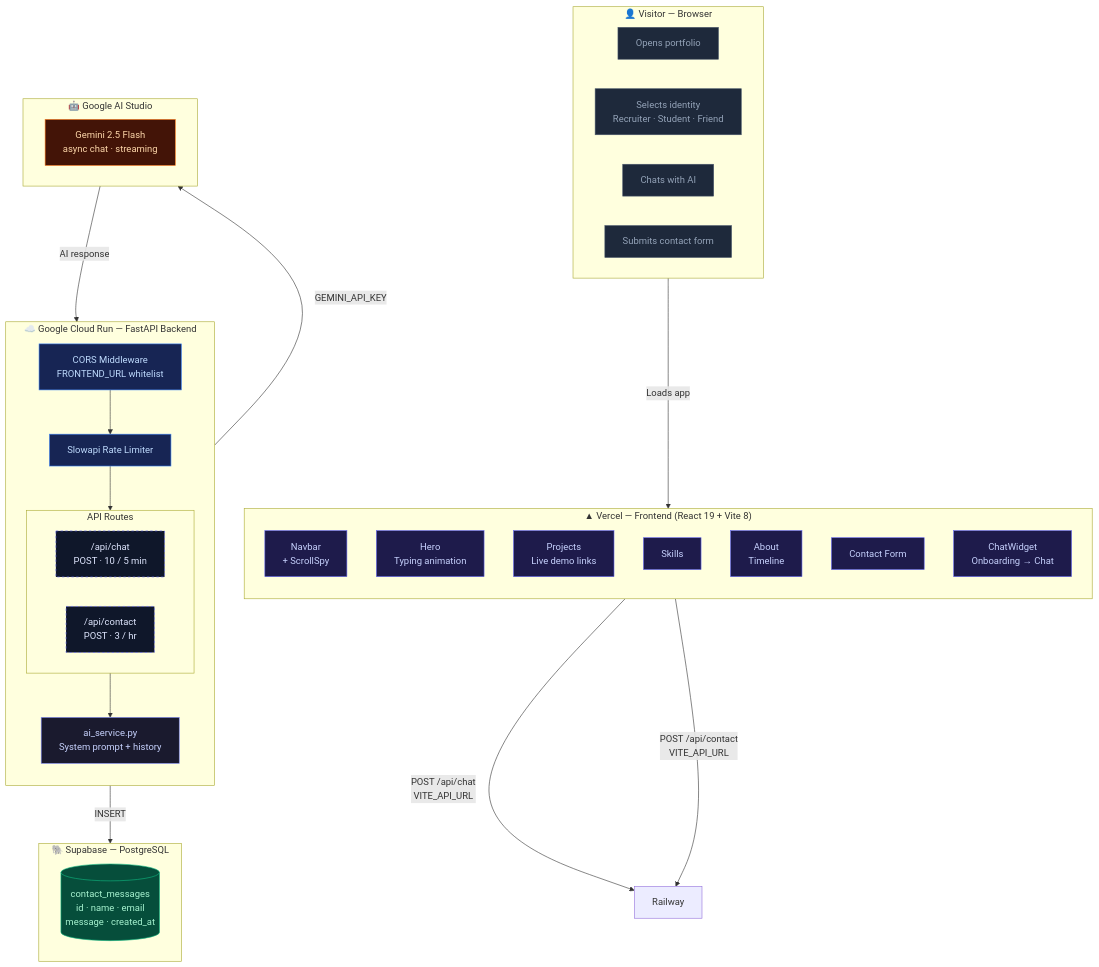
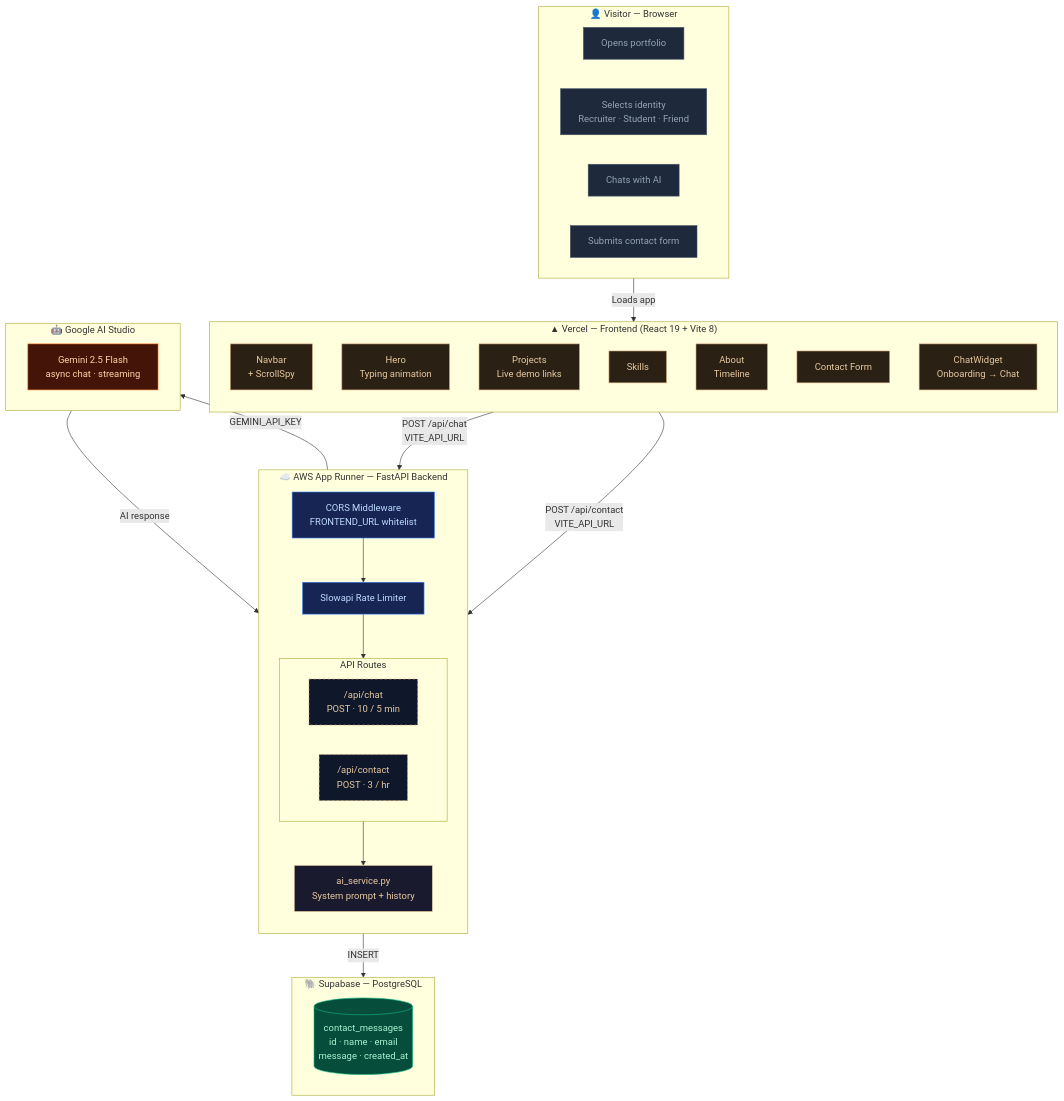
The first of 3 diagrams in README.md (Qisanxi/Portfolio), drawn with Mermaid before and after one commit. The commit also changed other lines of this file and 11 other files, not shown here.

First line of the commit message:
fix: Hero.jsx syntax, swap indigo→amber accent, migrate Cloud Run→AWS App Runner

````diff
--- a/README.md
+++ b/README.md
@@ -27,58 +27,58 @@
 ```mermaid
 graph TB
     subgraph Visitor["👤 Visitor — Browser"]
         direction LR
         V1["Opens portfolio"]:::action
         V2["Selects identity\nRecruiter · Student · Friend"]:::action
         V3["Chats with AI"]:::action
         V4["Submits contact form"]:::action
     end
 
     subgraph Vercel["▲ Vercel  —  Frontend  (React 19 + Vite 8)"]
         direction TB
         NAV["Navbar\n+ ScrollSpy"]:::ui
         HERO["Hero\nTyping animation"]:::ui
         PROJ["Projects\nLive demo links"]:::ui
         SKILLS["Skills"]:::ui
         ABOUT["About\nTimeline"]:::ui
         CONTACT["Contact Form"]:::ui
         CW["ChatWidget\nOnboarding → Chat"]:::ui
     end
 
-    subgraph CloudRun["☁️ Google Cloud Run  —  FastAPI Backend"]
+    subgraph AppRunner["☁️ AWS App Runner  —  FastAPI Backend"]
         direction TB
         CORS["CORS Middleware\nFRONTEND_URL whitelist"]:::middleware
         RL["Slowapi Rate Limiter"]:::middleware
         subgraph Routes["API Routes"]
             direction LR
             CHAT_RT["/api/chat\nPOST · 10 / 5 min"]:::route
             CONTACT_RT["/api/contact\nPOST · 3 / hr"]:::route
         end
         AI_SVC["ai_service.py\nSystem prompt + history"]:::service
         CORS --> RL --> Routes
         CHAT_RT --> AI_SVC
     end
 
     subgraph Supabase["🐘 Supabase  —  PostgreSQL"]
         DB[("contact_messages\nid · name · email\nmessage · created_at")]:::db
     end
 
     subgraph GoogleAI["🤖 Google AI Studio"]
         GEMINI["Gemini 2.5 Flash\nasync chat · streaming"]:::external
     end
 
     Visitor -->|"Loads app"| Vercel
-    CW -->|"POST /api/chat\nVITE_API_URL"| Railway
-    CONTACT -->|"POST /api/contact\nVITE_API_URL"| Railway
+    CW -->|"POST /api/chat\nVITE_API_URL"| AppRunner
+    CONTACT -->|"POST /api/contact\nVITE_API_URL"| AppRunner
     AI_SVC -->|"GEMINI_API_KEY"| GoogleAI
     GoogleAI -->|"AI response"| AI_SVC
     CONTACT_RT -->|"INSERT"| Supabase
 
-    classDef ui fill:#1e1b4b,stroke:#6366f1,color:#c7d2fe
+    classDef ui fill:#2A2114,stroke:#D4A574,color:#E8C9A0
     classDef middleware fill:#172554,stroke:#3b82f6,color:#bfdbfe
-    classDef route fill:#0f172a,stroke:#6366f1,color:#e0e7ff,stroke-dasharray:4
-    classDef service fill:#1a1a2e,stroke:#818cf8,color:#c7d2fe
+    classDef route fill:#0f172a,stroke:#D4A574,color:#E8C9A0,stroke-dasharray:4
+    classDef service fill:#1a1a2e,stroke:#E8C9A0,color:#E8C9A0
     classDef db fill:#064e3b,stroke:#10b981,color:#a7f3d0
     classDef external fill:#431407,stroke:#f97316,color:#fed7aa
     classDef action fill:#1e293b,stroke:#475569,color:#94a3b8
 ```
````
